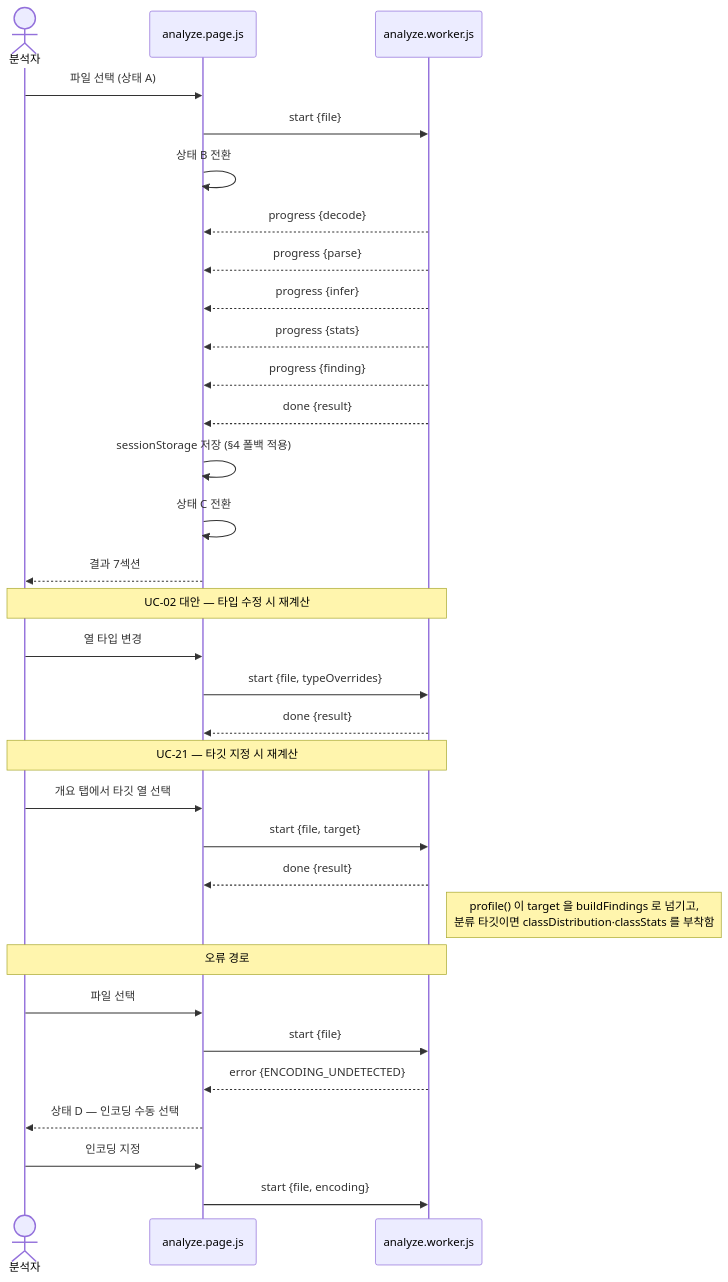
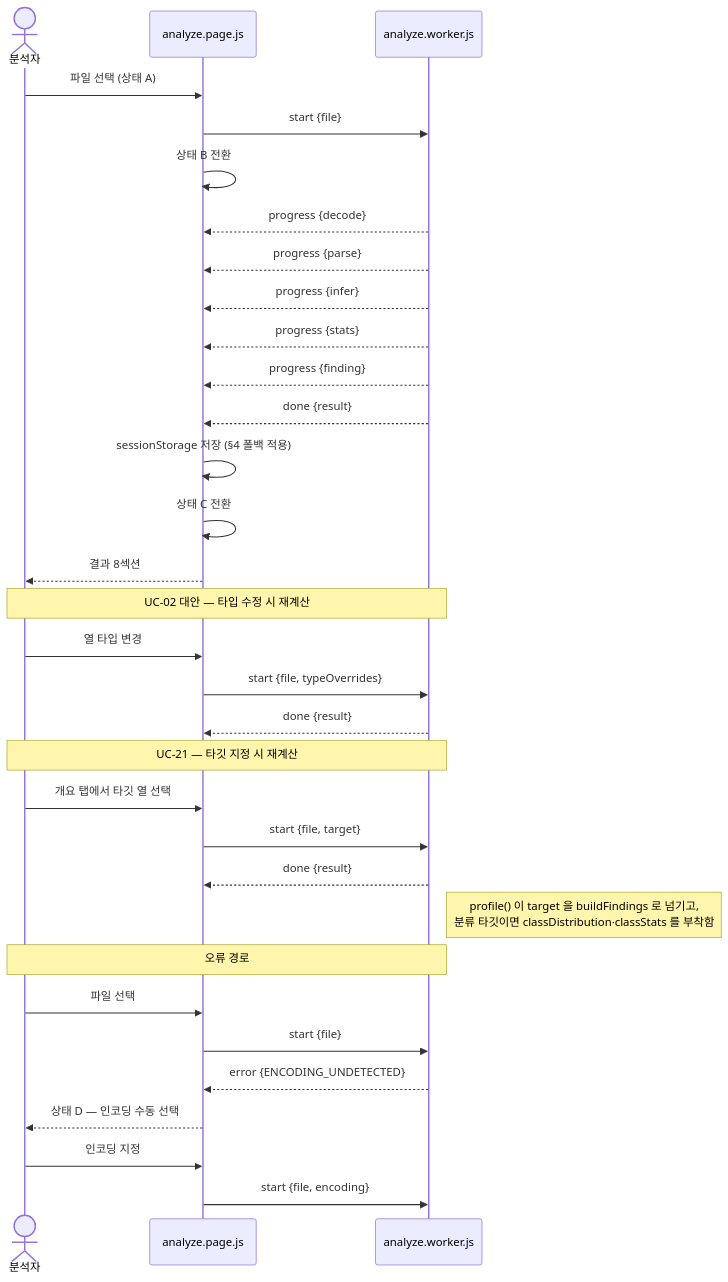
One commit to kty2001/AutoEDA changed the second of 3 diagrams in docs/data-model.md. Above: the diagram before and after it, drawn with Mermaid. The commit also changed other lines of this file and 35 other files, not shown here.

````diff
--- a/docs/data-model.md
+++ b/docs/data-model.md
@@ -314,40 +347,40 @@
 ```mermaid
 sequenceDiagram
     actor U as 분석자
     participant P as analyze.page.js
     participant W as analyze.worker.js
 
     U->>P: 파일 선택 (상태 A)
     P->>W: start {file}
     P->>P: 상태 B 전환
 
     W-->>P: progress {decode}
     W-->>P: progress {parse}
     W-->>P: progress {infer}
     W-->>P: progress {stats}
     W-->>P: progress {finding}
     W-->>P: done {result}
 
     P->>P: sessionStorage 저장 (§4 폴백 적용)
     P->>P: 상태 C 전환
-    P-->>U: 결과 7섹션
+    P-->>U: 결과 8섹션
 
     Note over U,W: UC-02 대안 — 타입 수정 시 재계산
     U->>P: 열 타입 변경
     P->>W: start {file, typeOverrides}
     W-->>P: done {result}
 
     Note over U,W: UC-21 — 타깃 지정 시 재계산
     U->>P: 개요 탭에서 타깃 열 선택
     P->>W: start {file, target}
     W-->>P: done {result}
     Note right of W: profile() 이 target 을 buildFindings 로 넘기고,<br/>분류 타깃이면 classDistribution·classStats 를 부착함
 
     Note over U,W: 오류 경로
     U->>P: 파일 선택
     P->>W: start {file}
     W-->>P: error {ENCODING_UNDETECTED}
     P-->>U: 상태 D — 인코딩 수동 선택
     U->>P: 인코딩 지정
     P->>W: start {file, encoding}
 ```
````
